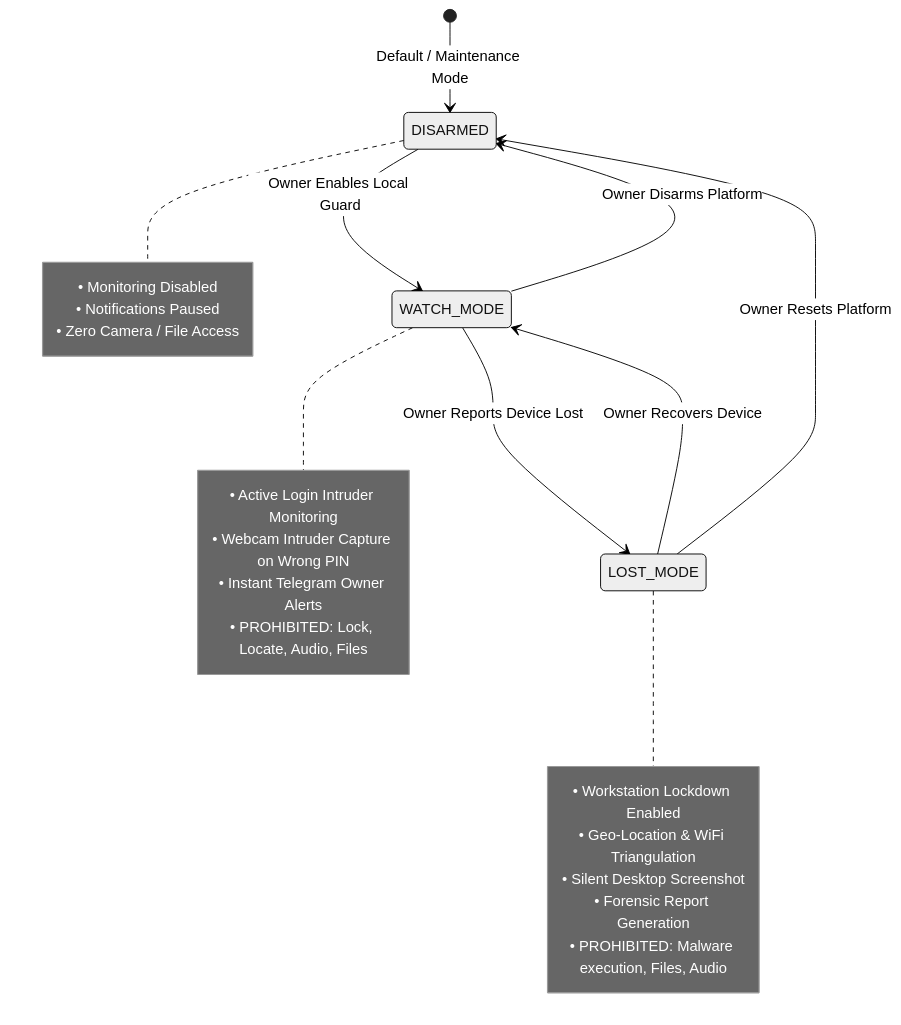
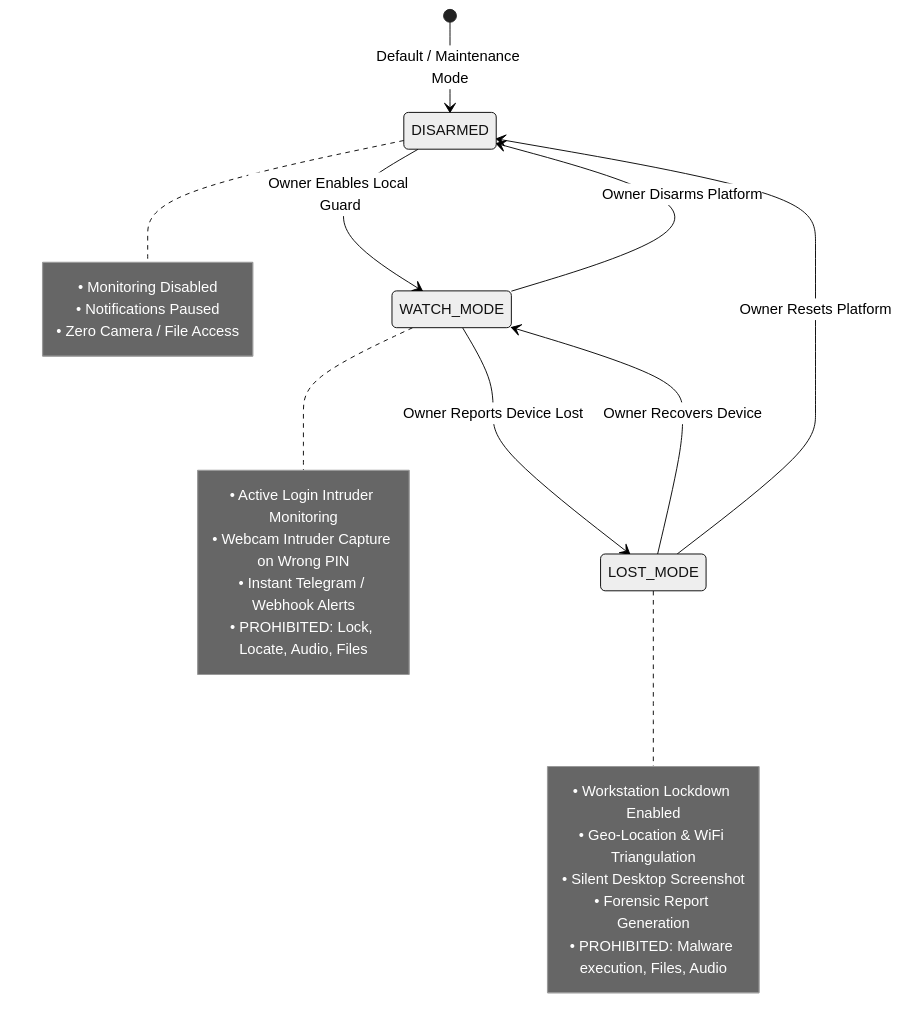
Before and after one commit to diwakar2905/VigiLo: the first of 3 diagrams in README.md, drawn with Mermaid (neutral theme). The commit also changed other lines of this file and 35 other files, not shown here.

````diff
--- a/README.md
+++ b/README.md
@@ -56,30 +82,30 @@
 ```mermaid
 stateDiagram-v2
     [*] --> DISARMED: Default / Maintenance Mode
     
     DISARMED --> WATCH_MODE: Owner Enables Local Guard
     note right of DISARMED
         • Monitoring Disabled
         • Notifications Paused
         • Zero Camera / File Access
     end note
 
     WATCH_MODE --> DISARMED: Owner Disarms Platform
     WATCH_MODE --> LOST_MODE: Owner Reports Device Lost
     note right of WATCH_MODE
         • Active Login Intruder Monitoring
         • Webcam Intruder Capture on Wrong PIN
-        • Instant Telegram Owner Alerts
+        • Instant Telegram / Webhook Alerts
         • PROHIBITED: Lock, Locate, Audio, Files
     end note
 
     LOST_MODE --> WATCH_MODE: Owner Recovers Device
     LOST_MODE --> DISARMED: Owner Resets Platform
     note right of LOST_MODE
         • Workstation Lockdown Enabled
         • Geo-Location & WiFi Triangulation
         • Silent Desktop Screenshot
         • Forensic Report Generation
         • PROHIBITED: Malware execution, Files, Audio
     end note
 ```
````
